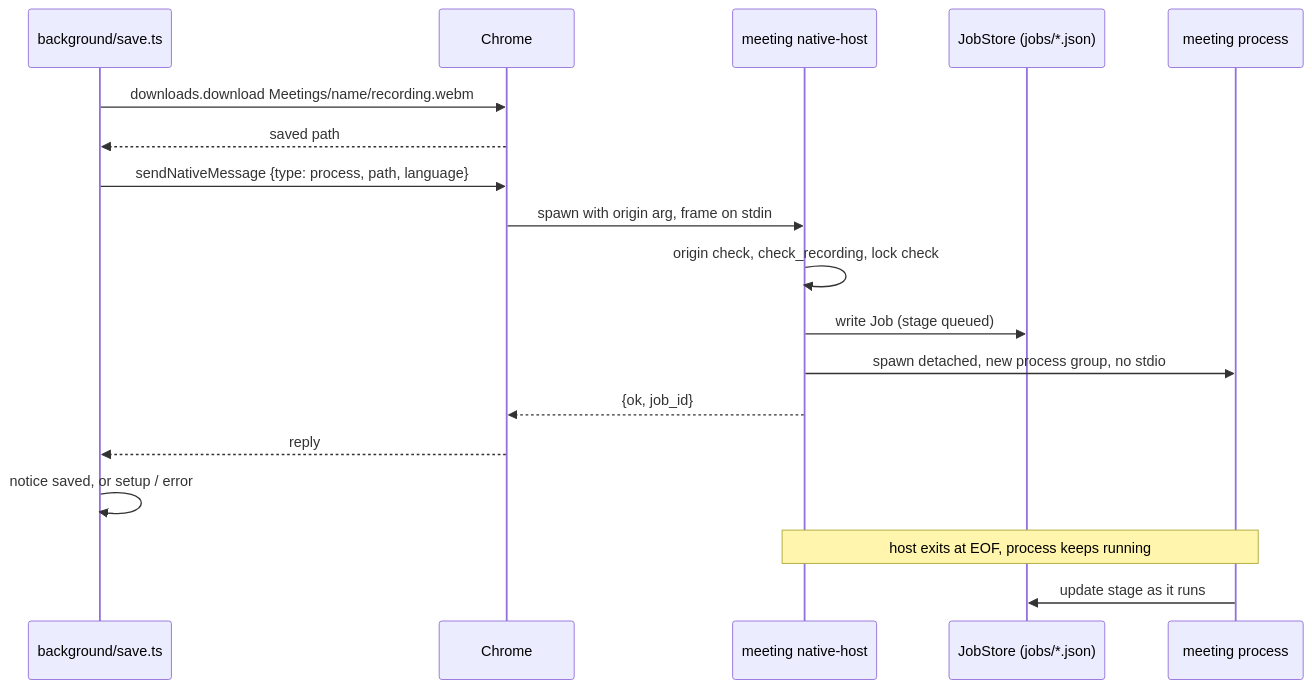
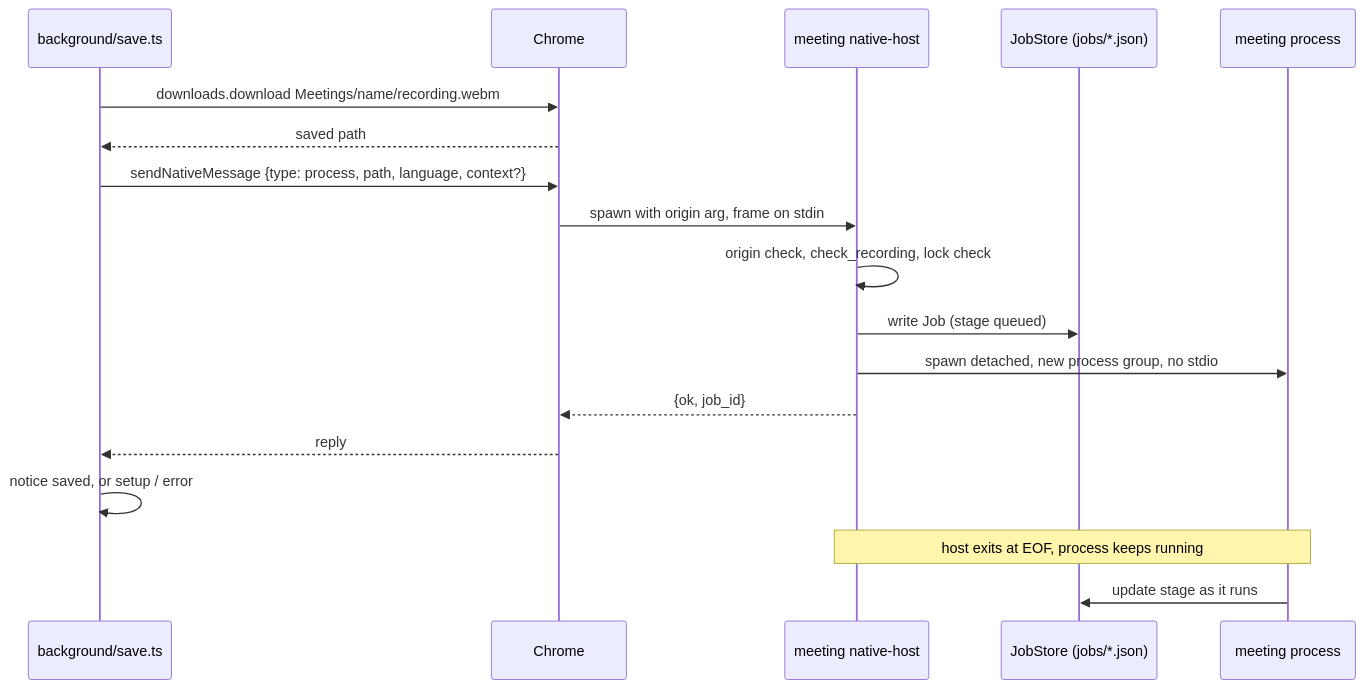
Before and after one commit to masnun-siam/meeting-manager: the diagram in docs/features/native-messaging.md, drawn with Mermaid. The commit also changed 10 other files, not shown here.

````diff
--- a/docs/features/native-messaging.md
+++ b/docs/features/native-messaging.md
@@ -78,21 +78,21 @@
 ```mermaid
 sequenceDiagram
     participant BG as background/save.ts
     participant C as Chrome
     participant H as meeting native-host
     participant S as JobStore (jobs/*.json)
     participant P as meeting process
 
     BG->>C: downloads.download Meetings/name/recording.webm
     C-->>BG: saved path
-    BG->>C: sendNativeMessage {type: process, path, language}
+    BG->>C: sendNativeMessage {type: process, path, language, context?}
     C->>H: spawn with origin arg, frame on stdin
     H->>H: origin check, check_recording, lock check
     H->>S: write Job (stage queued)
     H->>P: spawn detached, new process group, no stdio
     H-->>C: {ok, job_id}
     C-->>BG: reply
     BG->>BG: notice saved, or setup / error
     Note over H,P: host exits at EOF, process keeps running
     P->>S: update stage as it runs
 ```
````
